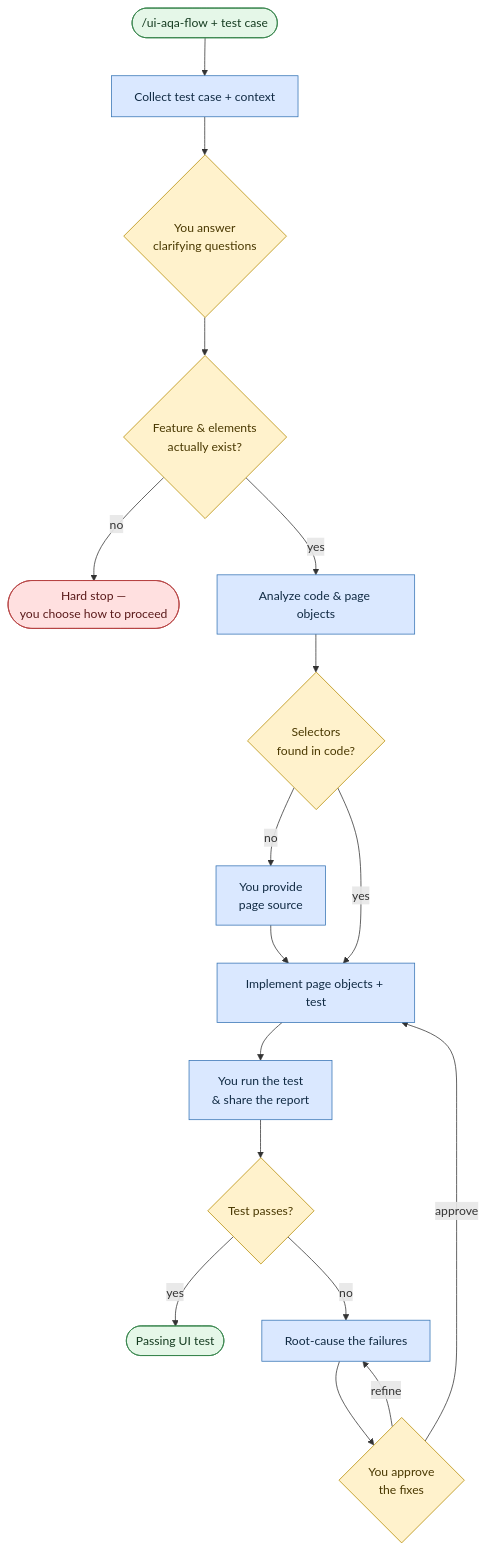
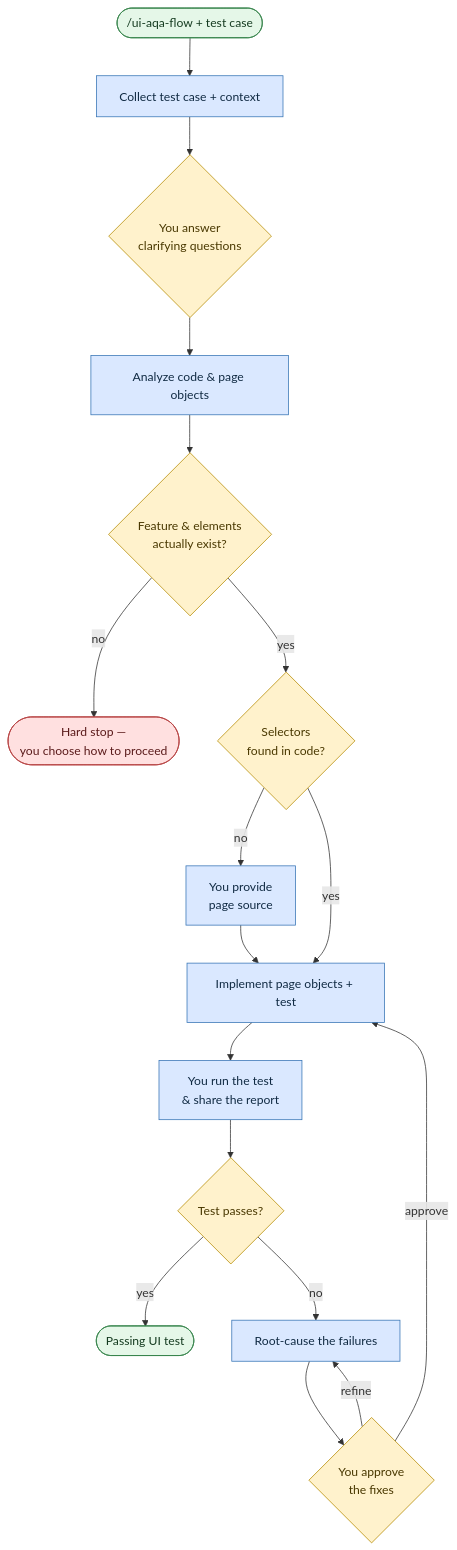
The diagram in user-guide/scenarios/automate-ui-tests.md (atomicdjt/rosetta), drawn with Mermaid before and after one commit. The commit also changed other lines of this file and 86 other files, not shown here.

````diff
--- a/user-guide/scenarios/automate-ui-tests.md
+++ b/user-guide/scenarios/automate-ui-tests.md
@@ -23,28 +23,28 @@
 ```mermaid
 flowchart TB
     Start(["/ui-aqa-flow + test case"]) --> Collect["Collect test case + context"]
     Collect --> G1{"You answer <br>clarifying questions"}
-    G1 --> Feas{"Feature & elements <br>actually exist?"}
+    G1 --> Analyze["Analyze code & page objects"]
+    Analyze --> Feas{"Feature & elements <br>actually exist?"}
     Feas -->|no| Stop(["Hard stop — <br>you choose how to proceed"])
-    Feas -->|yes| Analyze["Analyze code & page objects"]
-    Analyze --> Sel{"Selectors <br>found in code?"}
+    Feas -->|yes| Sel{"Selectors <br>found in code?"}
     Sel -->|no| Ask["You provide <br>page source"]
     Ask --> Impl["Implement page objects + test"]
     Sel -->|yes| Impl
     Impl --> Run["You run the test <br>& share the report"]
     Run --> Pass{"Test passes?"}
     Pass -->|yes| Done(["Passing UI test"])
     Pass -->|no| Root["Root-cause the failures"]
     Root --> G2{"You approve <br>the fixes"}
     G2 -->|refine| Root
     G2 -->|approve| Impl
 
     classDef step fill:#dae8ff,stroke:#3674b5,color:#102a43;
     classDef gate fill:#fff2cc,stroke:#b58b00,color:#493800;
     classDef done fill:#e5f7e8,stroke:#35834a,color:#153b20;
     classDef halt fill:#ffe0e0,stroke:#b54040,color:#5a1a1a;
     class Collect,Analyze,Ask,Impl,Run,Root step;
     class G1,Feas,Sel,Pass,G2 gate;
     class Start,Done done;
     class Stop halt;
 ```
````
